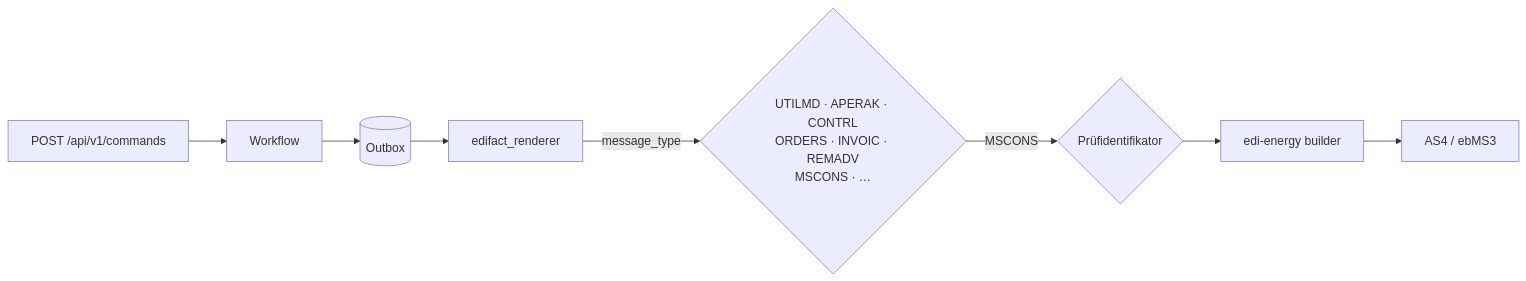
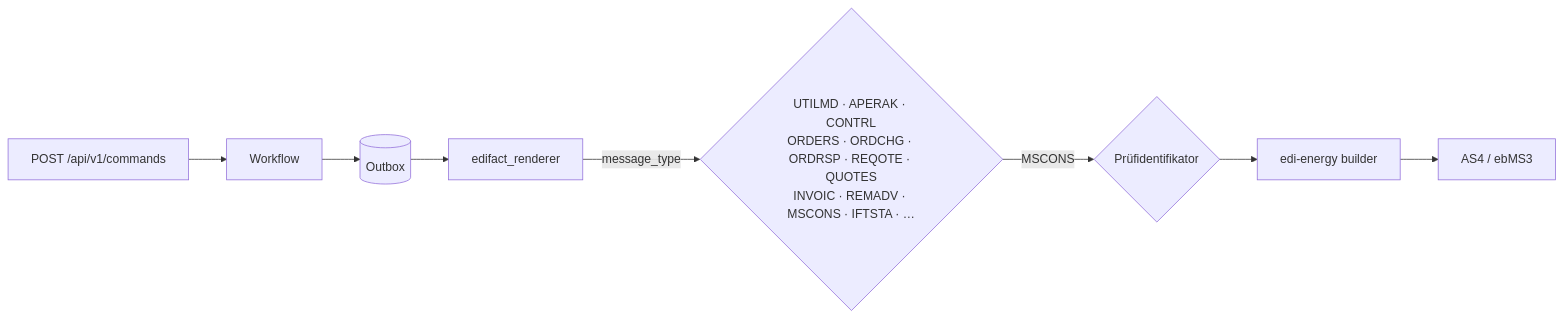
Before and after one commit to hupe1980/mako: the third of 4 diagrams in docs/makod.md, drawn with Mermaid. The commit also changed other lines of this file and 274 other files, not shown here.

````diff
--- a/docs/makod.md
+++ b/docs/makod.md
@@ -1461,10 +1476,10 @@
 ```mermaid
 flowchart LR
     cmd["POST /api/v1/commands"] --> wf["Workflow"]
     wf --> ob[("Outbox")]
     ob --> r["edifact_renderer"]
-    r -->|"message_type"| mt{"UTILMD · APERAK · CONTRL<br/>ORDERS · INVOIC · REMADV<br/>MSCONS · …"}
+    r -->|"message_type"| mt{"UTILMD · APERAK · CONTRL<br/>ORDERS · ORDCHG · ORDRSP · REQOTE · QUOTES<br/>INVOIC · REMADV · MSCONS · IFTSTA · …"}
     mt -->|"MSCONS"| pid{"Prüfidentifikator"}
     pid --> b["edi-energy builder"]
     b --> as4["AS4 / ebMS3"]
 ```
````
